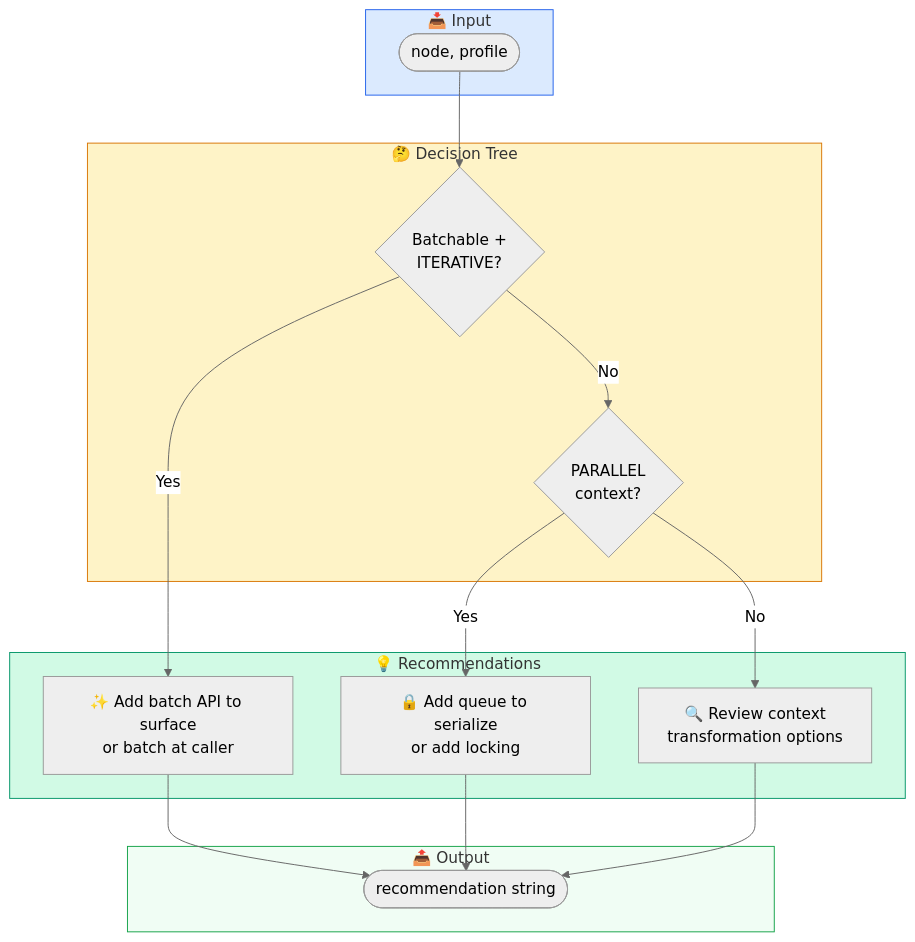
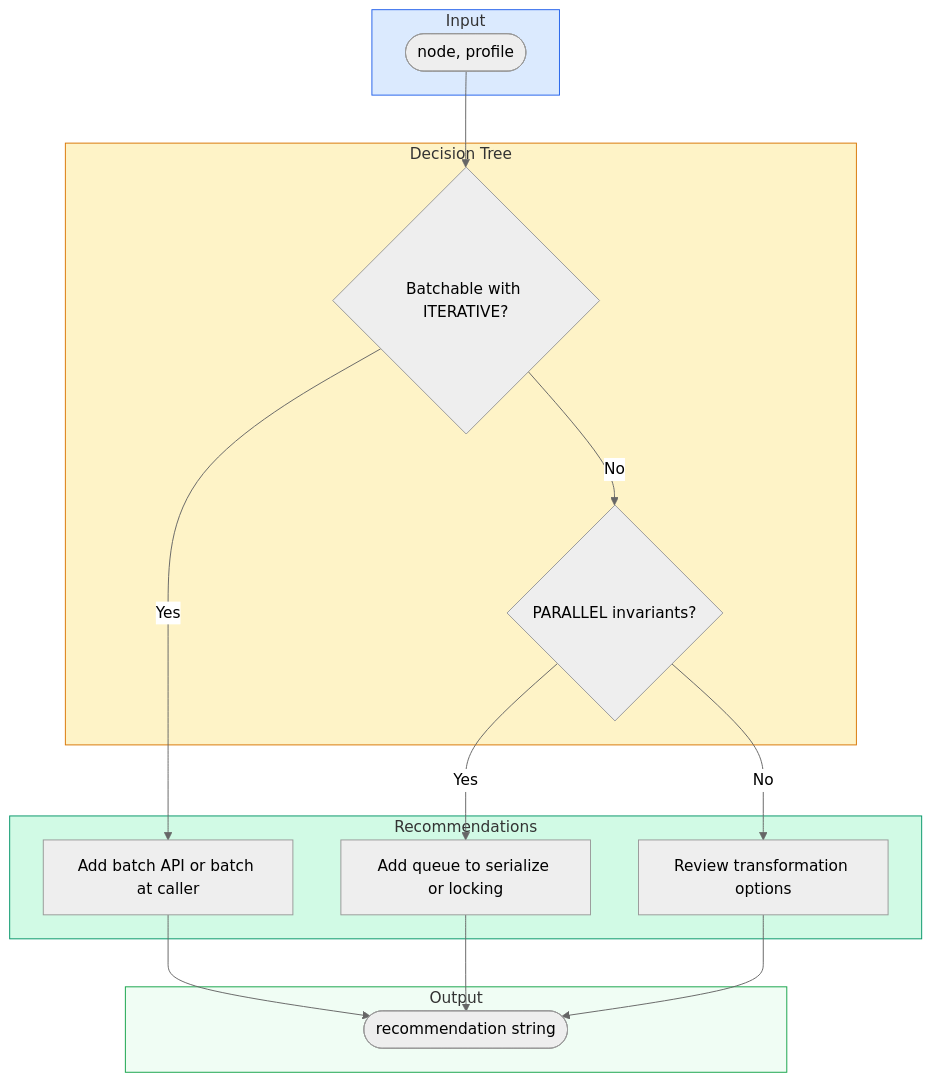
Diagram 14 of 19 in .tasks/plans/algorithm enhancer/feedback.md (nestharus/ai-workflow), drawn with Mermaid (neutral theme) before and after one commit. The commit also changed other lines of this file and 14 other files, not shown here.

````diff
--- a/.tasks/plans/algorithm enhancer/feedback.md
+++ b/.tasks/plans/algorithm enhancer/feedback.md
@@ -569,33 +574,33 @@
 ```mermaid
 flowchart TB
-    subgraph input["📥 Input"]
+    subgraph input["Input"]
         start(["node, profile"])
     end
 
-    subgraph decision["🤔 Decision Tree"]
-        check1{"Batchable +\nITERATIVE?"}
-        check2{"PARALLEL\ncontext?"}
+    subgraph decision["Decision Tree"]
+        check1{"Batchable with ITERATIVE?"}
+        check2{"PARALLEL invariants?"}
     end
 
-    subgraph recommendations["💡 Recommendations"]
-        fix1["✨ Add batch API to surface\nor batch at caller"]
-        fix2["🔒 Add queue to serialize\nor add locking"]
-        fix3["🔍 Review context\ntransformation options"]
+    subgraph recommendations["Recommendations"]
+        fix1["Add batch API or batch at caller"]
+        fix2["Add queue to serialize or locking"]
+        fix3["Review transformation options"]
     end
 
-    subgraph output["📤 Output"]
+    subgraph output["Output"]
         return([recommendation string])
     end
 
     start --> check1
     check1 -->|"Yes"| fix1
     check1 -->|"No"| check2
     check2 -->|"Yes"| fix2
     check2 -->|"No"| fix3
     fix1 & fix2 & fix3 --> return
 
     style input fill:#dbeafe,stroke:#2563eb
     style decision fill:#fef3c7,stroke:#d97706
     style recommendations fill:#d1fae5,stroke:#059669
     style output fill:#f0fdf4,stroke:#16a34a
 ```
````
